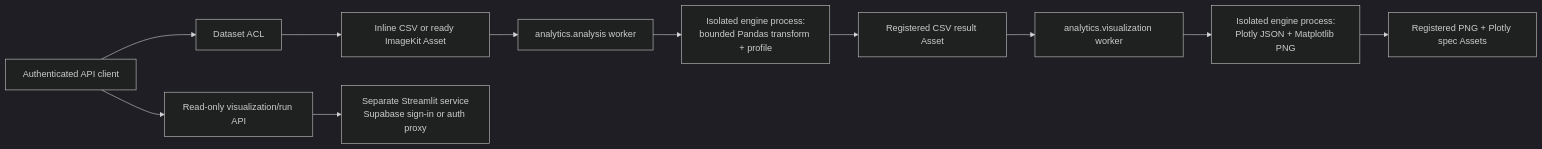
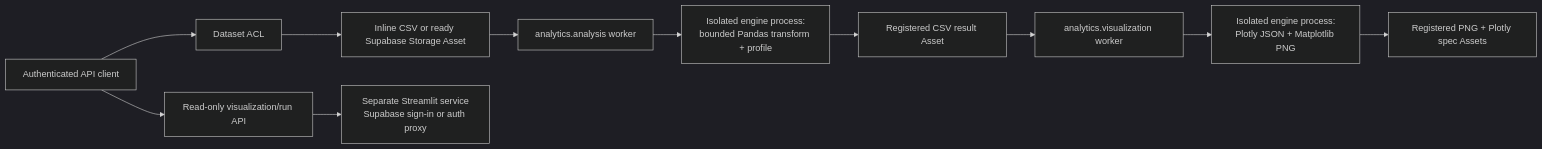
Before and after one commit to Joshua-Tihabwangye/JT-Code-AI-Backend: the diagram in docs/DATA_ANALYSIS_AND_VISUALIZATION.md, drawn with Mermaid (dark theme). The commit also changed other lines of this file and 152 other files, not shown here.

````diff
--- a/docs/DATA_ANALYSIS_AND_VISUALIZATION.md
+++ b/docs/DATA_ANALYSIS_AND_VISUALIZATION.md
@@ -11,13 +11,13 @@
 ```mermaid
 flowchart LR
     A[Authenticated API client] --> B[Dataset ACL]
-    B --> C[Inline CSV or ready ImageKit Asset]
+    B --> C[Inline CSV or ready Supabase Storage Asset]
     C --> D[analytics.analysis worker]
     D --> E[Isolated engine process:<br/>bounded Pandas transform + profile]
     E --> F[Registered CSV result Asset]
     F --> G[analytics.visualization worker]
     G --> H[Isolated engine process:<br/>Plotly JSON + Matplotlib PNG]
     H --> I[Registered PNG + Plotly spec Assets]
     A --> J[Read-only visualization/run API]
     J --> L[Separate Streamlit service<br/>Supabase sign-in or auth proxy]
 ```
````
